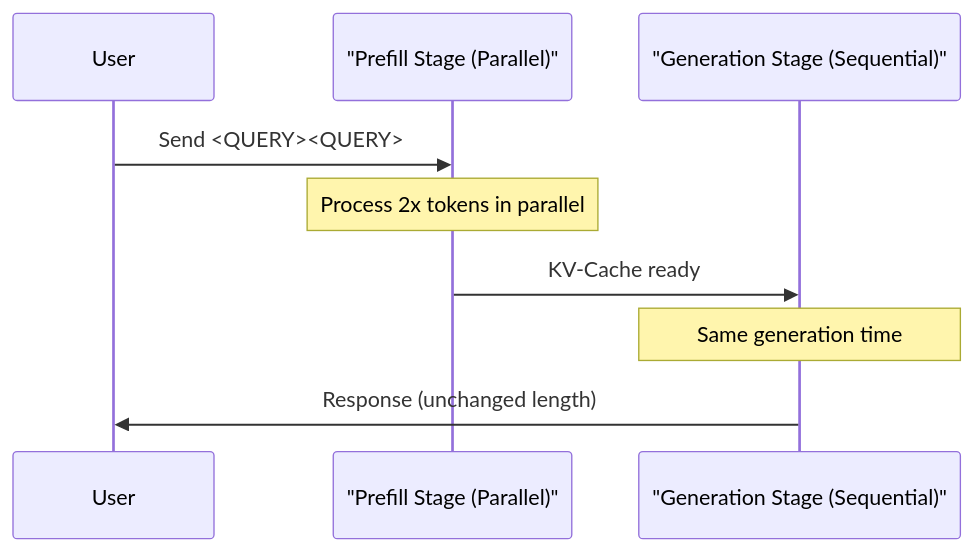
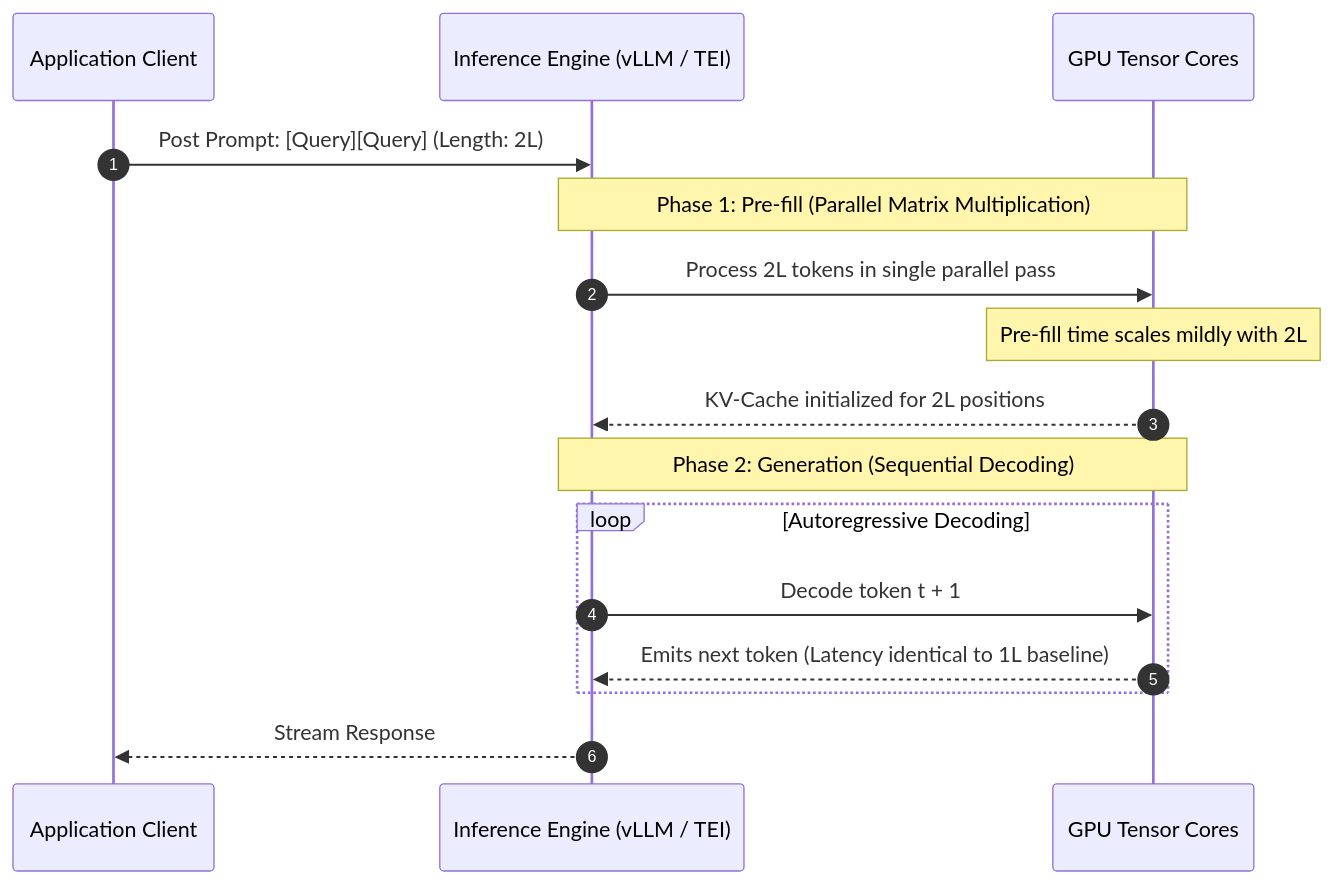
One commit to akillness/akillness.github.io changed the fourth of 4 diagrams in _posts/2026/01/2026-01-20-prompt-repetition-improves-llm-performance.md. Above: the diagram before and after it, drawn with Mermaid. The commit also changed other lines of this file and 1 other file, not shown here.

Commit message:
archive(dev): rebuild prompt-repetition-improves-llm-performance from 2026-01 note

````diff
--- a/_posts/2026/01/2026-01-20-prompt-repetition-improves-llm-performance.md
+++ b/_posts/2026/01/2026-01-20-prompt-repetition-improves-llm-performance.md
@@ -140,12 +163,19 @@
 ```mermaid
 sequenceDiagram
-    participant User
-    participant Prefill as "Prefill Stage (Parallel)"
-    participant Generate as "Generation Stage (Sequential)"
+    autonumber
+    participant Client as Application Client
+    participant Serving as Inference Engine (vLLM / TEI)
+    participant Core as GPU Tensor Cores
 
-    User->>Prefill: Send <QUERY><QUERY>
-    Note over Prefill: Process 2x tokens in parallel
-    Prefill->>Generate: KV-Cache ready
-    Note over Generate: Same generation time
-    Generate->>User: Response (unchanged length)
+    Client->>Serving: Post Prompt: [Query][Query] (Length: 2L)
+    Note over Serving,Core: Phase 1: Pre-fill (Parallel Matrix Multiplication)
+    Serving->>Core: Process 2L tokens in single parallel pass
+    Note over Core: Pre-fill time scales mildly with 2L
+    Core-->>Serving: KV-Cache initialized for 2L positions
+    Note over Serving,Core: Phase 2: Generation (Sequential Decoding)
+    loop Autoregressive Decoding
+        Serving->>Core: Decode token t + 1
+        Core-->>Serving: Emits next token (Latency identical to 1L baseline)
+    end
+    Serving-->>Client: Stream Response
 ```
````
